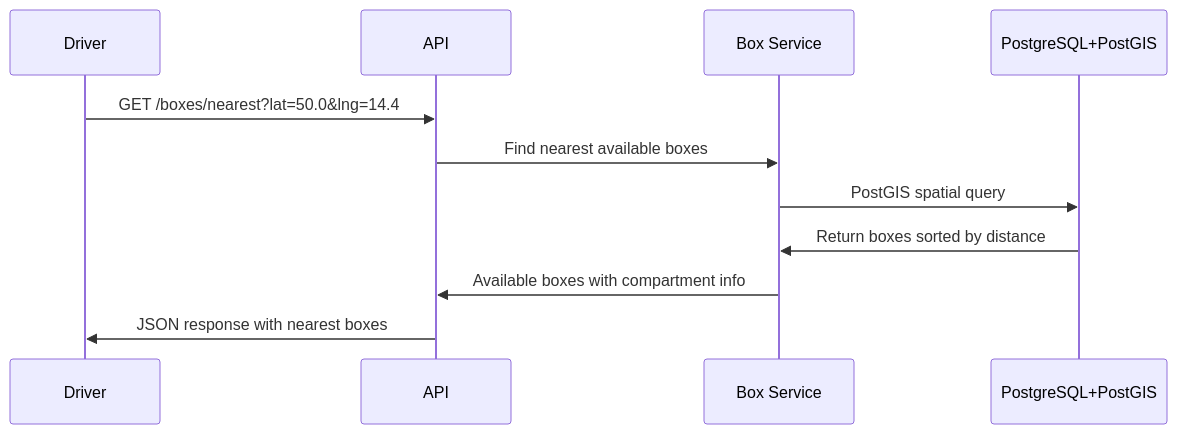
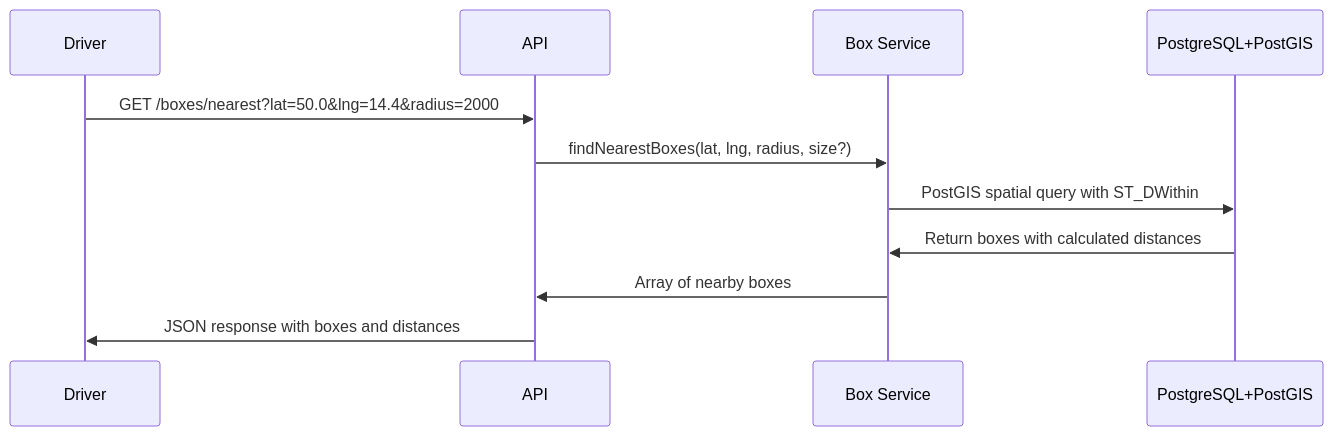
One commit to mashabek/ackee_box changed the third of 5 diagrams in architecture.md. Above: the diagram before and after it, drawn with Mermaid. The commit also changed other lines of this file and 2 other files, not shown here.

Commit message:
update readme & architecture

````diff
--- a/architecture.md
+++ b/architecture.md
@@ -112,14 +119,14 @@
 ```mermaid
 sequenceDiagram
     participant Driver
     participant API
     participant BoxService as Box Service
     participant DB as PostgreSQL+PostGIS
     
-    Driver->>API: GET /boxes/nearest?lat=50.0&lng=14.4
-    API->>BoxService: Find nearest available boxes
-    BoxService->>DB: PostGIS spatial query
-    DB->>BoxService: Return boxes sorted by distance
-    BoxService->>API: Available boxes with compartment info
-    API->>Driver: JSON response with nearest boxes
+    Driver->>API: GET /boxes/nearest?lat=50.0&lng=14.4&radius=2000
+    API->>BoxService: findNearestBoxes(lat, lng, radius, size?)
+    BoxService->>DB: PostGIS spatial query with ST_DWithin
+    DB->>BoxService: Return boxes with calculated distances
+    BoxService->>API: Array of nearby boxes
+    API->>Driver: JSON response with boxes and distances
 ```
````
